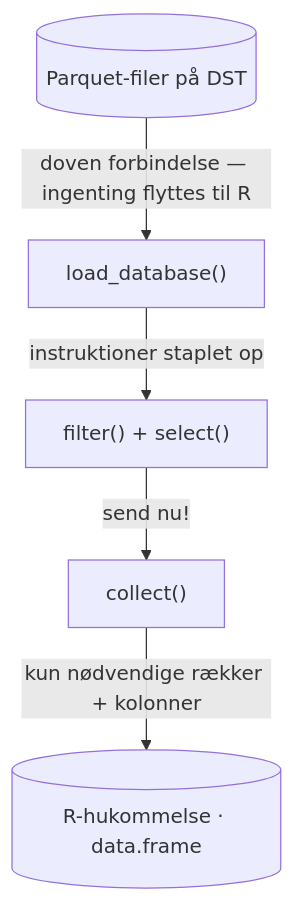
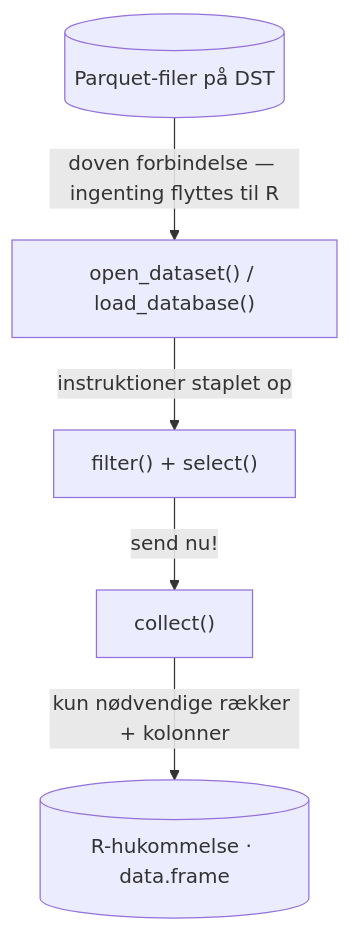
The diagram in docs/da/05_universelle-moenster.qmd (saras-clin/BSDemens), drawn with Mermaid before and after one commit. The commit also changed other lines of this file, not shown here.

Commit message:
Fase 5: forbindelse not data; supermarket wording; rename clarify; select in rule; !! with kohort intro + microdata warning; rm/gc explain; mermaid generic; parquet fold-out updated

````diff
--- a/docs/da/05_universelle-moenster.qmd
+++ b/docs/da/05_universelle-moenster.qmd
@@ -123,13 +137,13 @@
 ```{mermaid}
 flowchart TD
     P[("Parquet-filer på DST")]
-    L["load_database()"]
+    L["open_dataset() / load_database()"]
     F["filter() + select()"]
     C["collect()"]
     R[("R-hukommelse · data.frame")]
 
     P -->|"doven forbindelse — ingenting flyttes til R"| L
     L -->|"instruktioner staplet op"| F
     F -->|"send nu!"| C
     C -->|"kun nødvendige rækker + kolonner"| R
 ```
````
